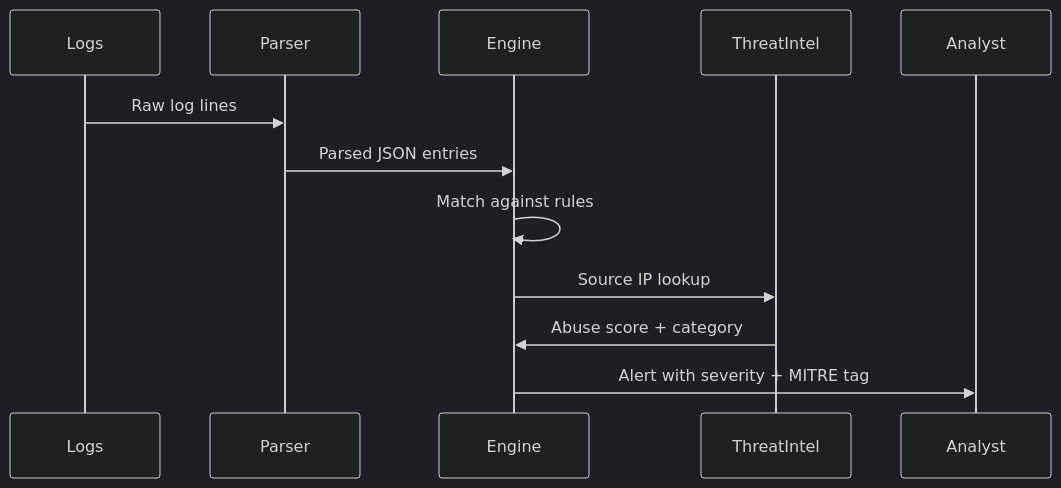
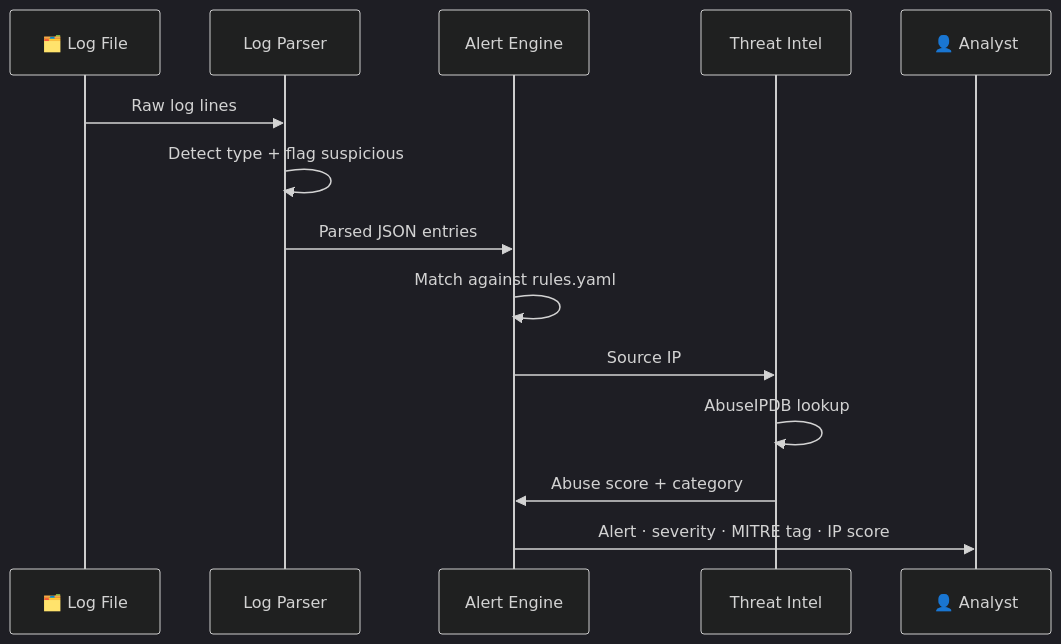
The fourth of 4 diagrams in README.md (Speed-boo3/soc-project), drawn with Mermaid (dark theme) before and after one commit. The commit also changed other lines of this file, not shown here.

Commit message:
Rewrite README: cleaner structure, better diagrams, alert examples

````diff
--- a/README.md
+++ b/README.md
@@ -158,15 +126,17 @@
 ```mermaid
 sequenceDiagram
-    participant Logs
-    participant Parser
-    participant Engine
-    participant ThreatIntel
-    participant Analyst
+    participant Log as 🗂️ Log File
+    participant Parser as Log Parser
+    participant Engine as Alert Engine
+    participant Intel as Threat Intel
+    participant Analyst as 👤 Analyst
 
-    Logs->>Parser: Raw log lines
+    Log->>Parser: Raw log lines
+    Parser->>Parser: Detect type + flag suspicious
     Parser->>Engine: Parsed JSON entries
-    Engine->>Engine: Match against rules
-    Engine->>ThreatIntel: Source IP lookup
-    ThreatIntel->>Engine: Abuse score + category
-    Engine->>Analyst: Alert with severity + MITRE tag
+    Engine->>Engine: Match against rules.yaml
+    Engine->>Intel: Source IP
+    Intel->>Intel: AbuseIPDB lookup
+    Intel->>Engine: Abuse score + category
+    Engine->>Analyst: Alert · severity · MITRE tag · IP score
 ```
````
